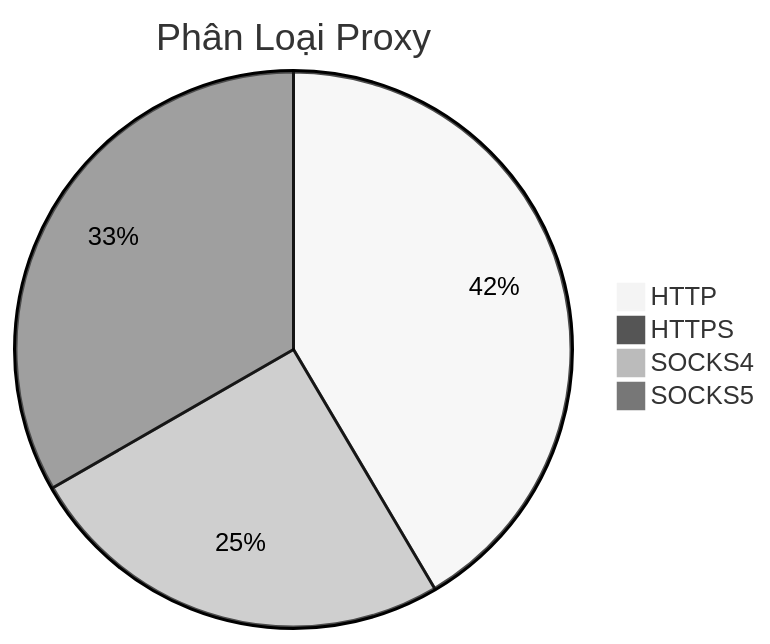
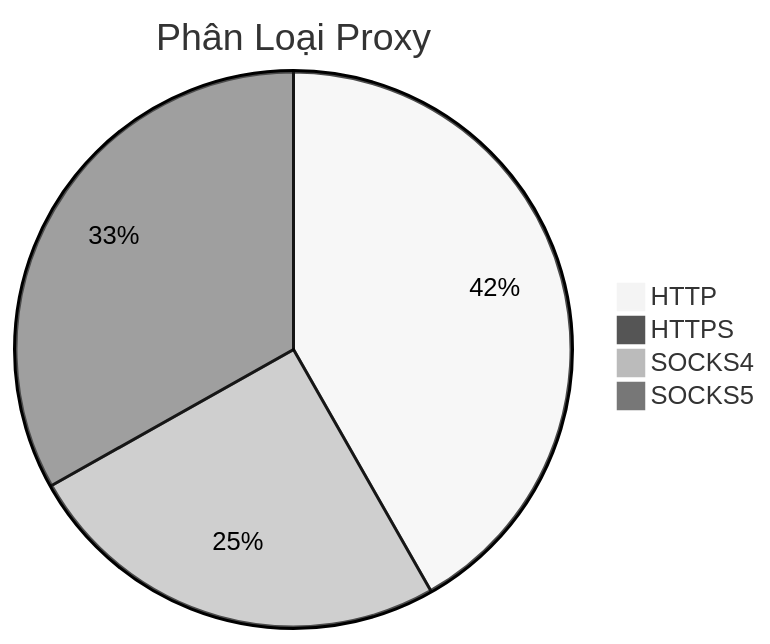
The diagram in README.md (Ciara-12/PROXY-free), drawn with Mermaid (neutral theme) before and after one commit. The commit also changed other lines of this file and 3 other files, not shown here.

````diff
--- a/README.md
+++ b/README.md
@@ -26,7 +26,7 @@
 ```mermaid
 pie title Phân Loại Proxy
-    "HTTP" : 435
+    "HTTP" : 388
     "HTTPS" : 0
-    "SOCKS4" : 264
-    "SOCKS5" : 349
+    "SOCKS4" : 233
+    "SOCKS5" : 308
 ```
````
